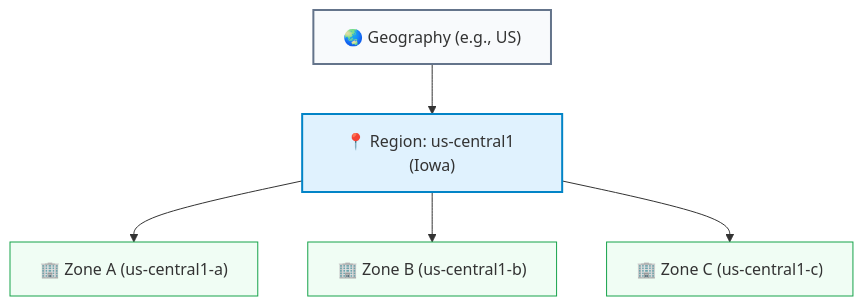
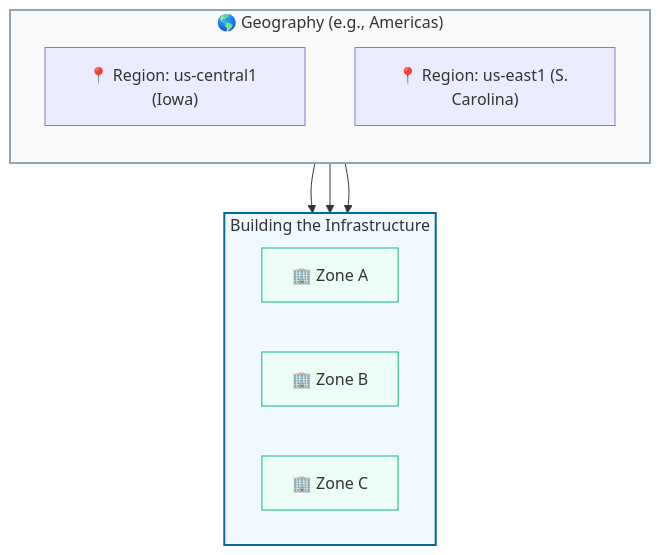
The first of 2 diagrams in curriculum/content/section_2_gcp_structure.md (jyothivempa/gcp-study-plan), drawn with Mermaid before and after one commit. The commit also changed other lines of this file and 72 other files, not shown here.

````diff
--- a/curriculum/content/section_2_gcp_structure.md
+++ b/curriculum/content/section_2_gcp_structure.md
@@ -13,13 +32,25 @@
 ```mermaid
 graph TD
-    Geo["🌏 Geography (e.g., US)"] --> Reg["📍 Region: us-central1 (Iowa)"]
-    Reg --> Z1["🏢 Zone A (us-central1-a)"]
-    Reg --> Z2["🏢 Zone B (us-central1-b)"]
-    Reg --> Z3["🏢 Zone C (us-central1-c)"]
+    subgraph Geography ["🌎 Geography (e.g., Americas)"]
+        direction TB
+        Region1["📍 Region: us-central1 (Iowa)"]
+        Region2["📍 Region: us-east1 (S. Carolina)"]
+    end
 
-    style Geo fill:#f8fafc,stroke:#64748b,stroke-width:2px
-    style Reg fill:#e0f2fe,stroke:#0284c7,stroke-width:2px
-    style Z1 fill:#f0fdf4,stroke:#16a34a
-    style Z2 fill:#f0fdf4,stroke:#16a34a
-    style Z3 fill:#f0fdf4,stroke:#16a34a
+    subgraph us_central1 ["Building the Infrastructure"]
+        direction LR
+        ZoneA["🏢 Zone A"]
+        ZoneB["🏢 Zone B"]
+        ZoneC["🏢 Zone C"]
+    end
+
+    Region1 --> ZoneA
+    Region1 --> ZoneB
+    Region1 --> ZoneC
+
+    style Geography fill:#f8fafc,stroke:#94a3b8,stroke-width:2px
+    style us_central1 fill:#f0f9ff,stroke:#0369a1,stroke-width:2px
+    style ZoneA fill:#ecfdf5,stroke:#10b981
+    style ZoneB fill:#ecfdf5,stroke:#10b981
+    style ZoneC fill:#ecfdf5,stroke:#10b981
 ```
````
